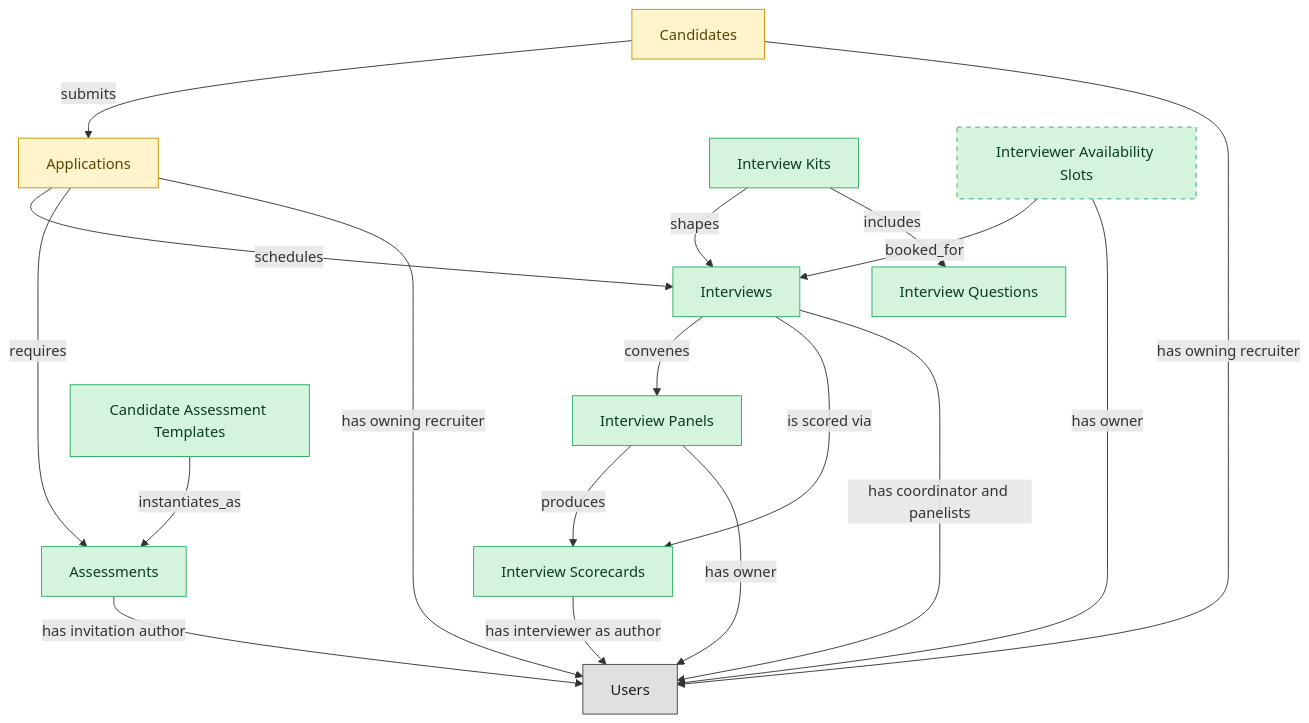
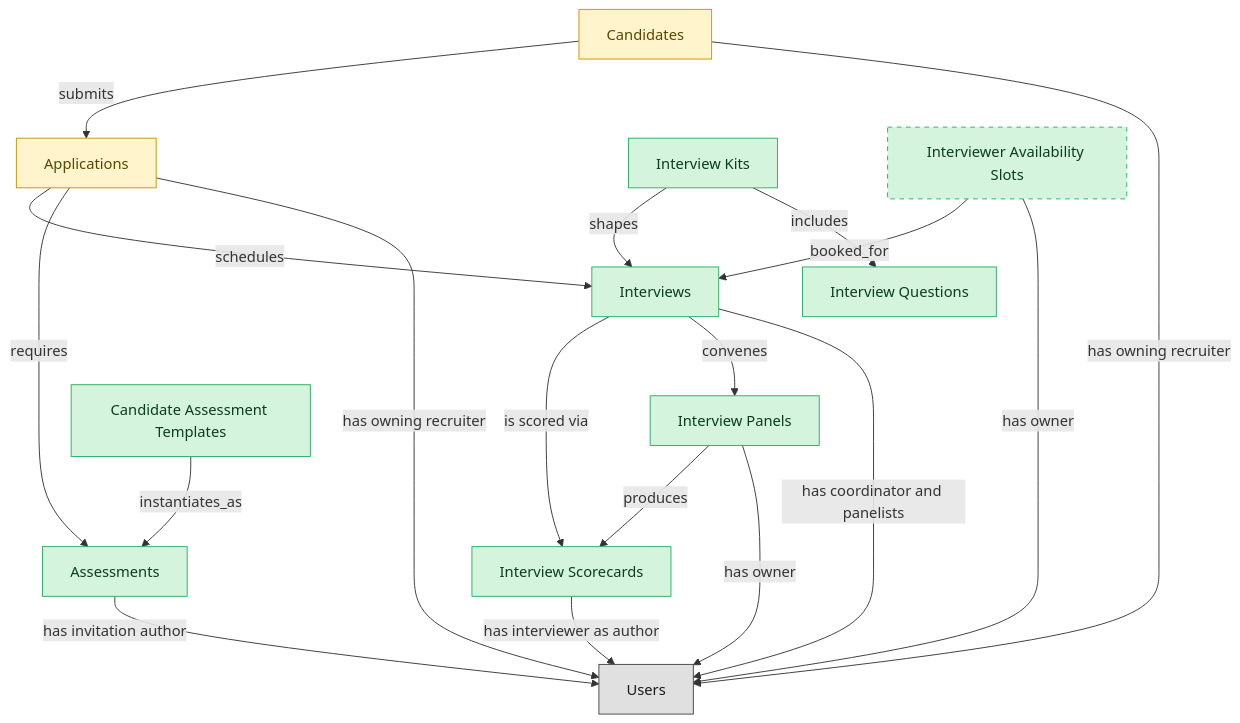
The diagram in catalog/blueprints/ats-interviews-semantic-blueprint.md (IntranetFactory/domain-map), drawn with Mermaid before and after one commit. The commit also changed other lines of this file and 35 other files, not shown here.

````diff
--- a/catalog/blueprints/ats-interviews-semantic-blueprint.md
+++ b/catalog/blueprints/ats-interviews-semantic-blueprint.md
@@ -39,46 +39,46 @@
 ```mermaid
 flowchart TD
   classDef master fill:#d4f4dd,stroke:#27ae60,color:#0b3d20;
   classDef embedded_master fill:#fff4cc,stroke:#c79100,color:#5b4500;
   classDef platform_builtin fill:#e0e0e0,stroke:#424242,color:#1a1a1a;
+  candidates["Candidates"]
+  job_applications["Applications"]
   interviews["Interviews"]
   interview_scorecards["Interview Scorecards"]
-  candidates["Candidates"]
-  job_applications["Applications"]
   candidate_assessments["Assessments"]
   interview_kits["Interview Kits"]
   interview_panels["Interview Panels"]
   candidate_assessment_templates["Candidate Assessment Templates"]
   interview_questions["Interview Questions"]
   interviewer_availability_slots["Interviewer Availability Slots"]
   users["Users"]
+  candidates -->|"submits"| job_applications
+  job_applications -->|"schedules"| interviews
+  interviews -->|"is scored via"| interview_scorecards
+  job_applications -->|"requires"| candidate_assessments
   interview_kits -->|"shapes"| interviews
   interview_kits -->|"includes"| interview_questions
   interviews -->|"convenes"| interview_panels
   interview_panels -->|"produces"| interview_scorecards
   candidate_assessment_templates -->|"instantiates_as"| candidate_assessments
   interviewer_availability_slots -->|"booked_for"| interviews
-  candidates -->|"submits"| job_applications
-  job_applications -->|"schedules"| interviews
-  interviews -->|"is scored via"| interview_scorecards
-  job_applications -->|"requires"| candidate_assessments
+  job_applications -->|"has owning recruiter"| users
+  interviews -->|"has coordinator and panelists"| users
+  interview_scorecards -->|"has interviewer as author"| users
   candidates -->|"has owning recruiter"| users
   candidate_assessments -->|"has invitation author"| users
   interviewer_availability_slots -->|"has owner"| users
   interview_panels -->|"has owner"| users
-  job_applications -->|"has owning recruiter"| users
-  interviews -->|"has coordinator and panelists"| users
-  interview_scorecards -->|"has interviewer as author"| users
+  class candidates embedded_master;
+  class job_applications embedded_master;
   class interviews master;
   class interview_scorecards master;
-  class candidates embedded_master;
-  class job_applications embedded_master;
   class candidate_assessments master;
   class interview_kits master;
   class interview_panels master;
   class candidate_assessment_templates master;
   class interview_questions master;
   class interviewer_availability_slots master;
   class users platform_builtin;
   style interviewer_availability_slots stroke-dasharray:5 5;
 ```
````
